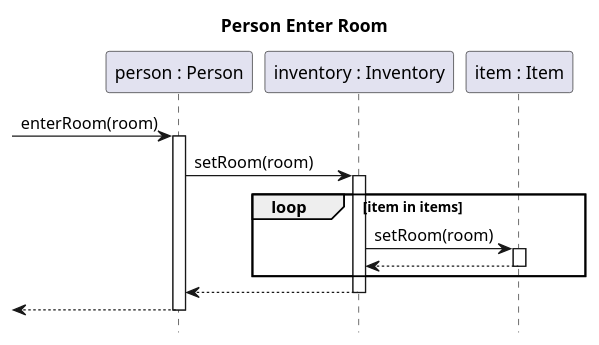
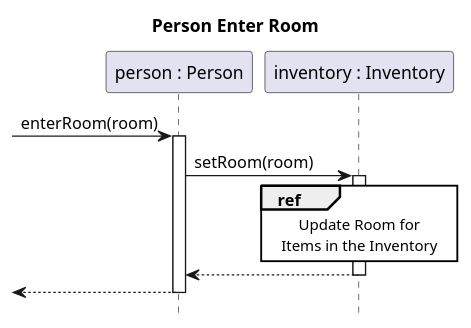
Before and after one commit to sn4k3ch4rm3r/logarlec: the diagram in docs/diagrams/sequence/person-enter-room.puml, drawn with PlantUML. The commit also changed 4 other files, not shown here.

```diff
--- a/docs/diagrams/sequence/person-enter-room.puml
+++ b/docs/diagrams/sequence/person-enter-room.puml
@@ -1,19 +1,15 @@
 @startuml person-enter-room
 title Person Enter Room
 hide footbox
 skinparam SequenceReferenceBackgroundColor white
 autoactivate on
 
 participant "person : Person" as person
 participant "inventory : Inventory" as inventory
-participant "item : Item" as item
 
 [-> person : enterRoom(room)
 	person -> inventory ++: setRoom(room)
-		loop item in items
-			inventory -> item ++ : setRoom(room)
-			return
-		end
+		ref over inventory : Update Room for\nItems in the Inventory
 	return
 return
 @enduml
```
